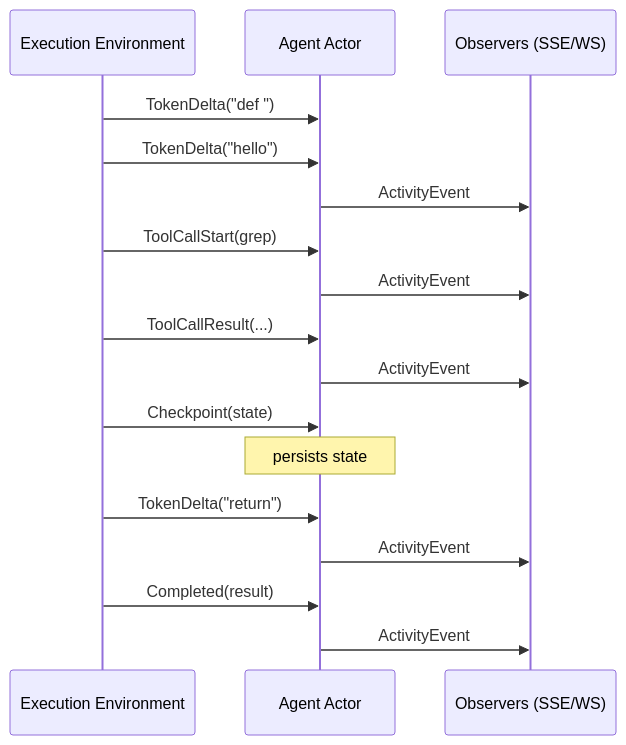
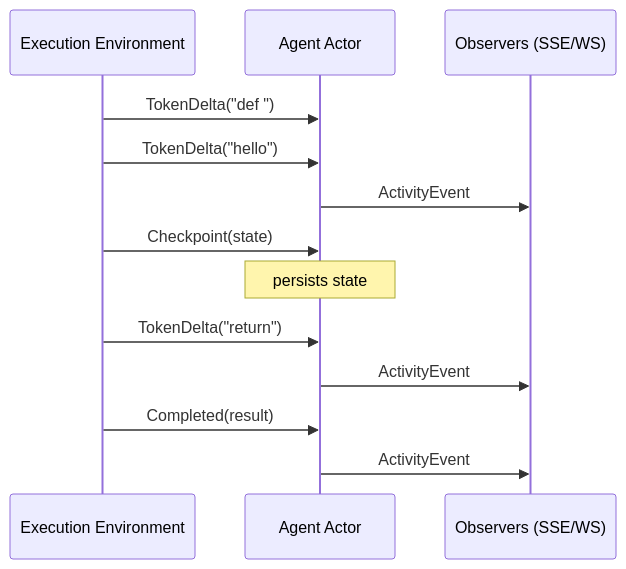
The sixth of 10 diagrams in docs/SpringVoyage-v2-plan.md (cvoya-com/spring-voyage), drawn with Mermaid before and after one commit. The commit also changed other lines of this file and 26 other files, not shown here.

First line of the commit message:
Housekeeping after #118: dead stream events, ai.execution schema, doc sweep (#127, #128, #129)

````diff
--- a/docs/SpringVoyage-v2-plan.md
+++ b/docs/SpringVoyage-v2-plan.md
@@ -414,20 +414,16 @@
 ```mermaid
 sequenceDiagram
     participant E as Execution Environment
     participant A as Agent Actor
     participant O as Observers (SSE/WS)
 
     E->>A: TokenDelta("def ")
     E->>A: TokenDelta("hello")
     A->>O: ActivityEvent
-    E->>A: ToolCallStart(grep)
-    A->>O: ActivityEvent
-    E->>A: ToolCallResult(...)
-    A->>O: ActivityEvent
     E->>A: Checkpoint(state)
     Note over A: persists state
     E->>A: TokenDelta("return")
     A->>O: ActivityEvent
     E->>A: Completed(result)
     A->>O: ActivityEvent
 ```
````
